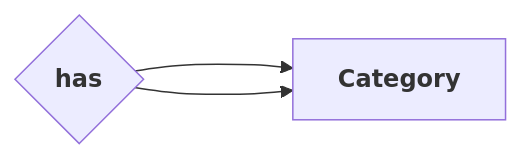
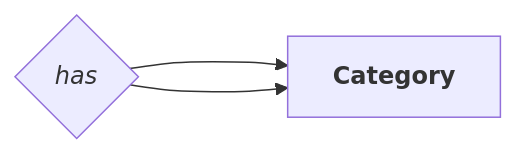
Before and after one commit to angelromarco04/MyNotes: the fourth of 7 diagrams in Programming/Databases/data/Theory/RModel.md, drawn with Mermaid. The commit also changed other lines of this file, not shown here.

````diff
--- a/Programming/Databases/data/Theory/RModel.md
+++ b/Programming/Databases/data/Theory/RModel.md
@@ -102,8 +102,8 @@
 ```mermaid
 flowchart LR
 	id2 ---> id1
 	id2 ---> id1
 
 	id1["`**Category**`"]
-	id2{"`**has**`"}
+	id2{"`*has*`"}
 ```
````
